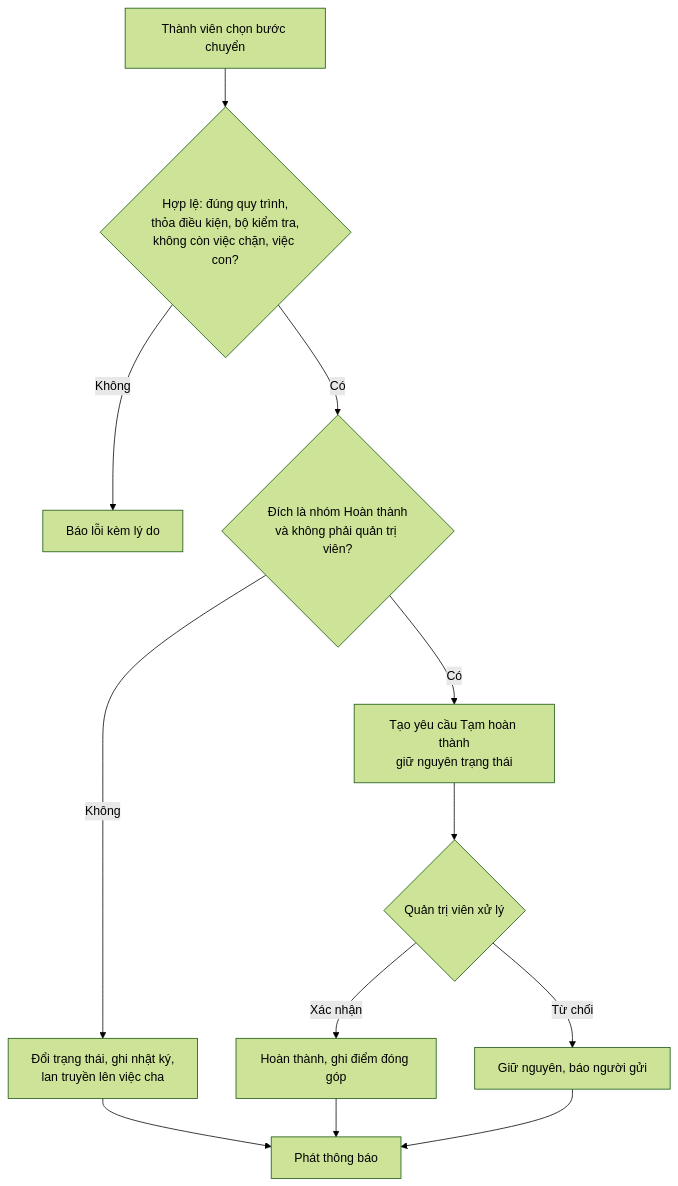
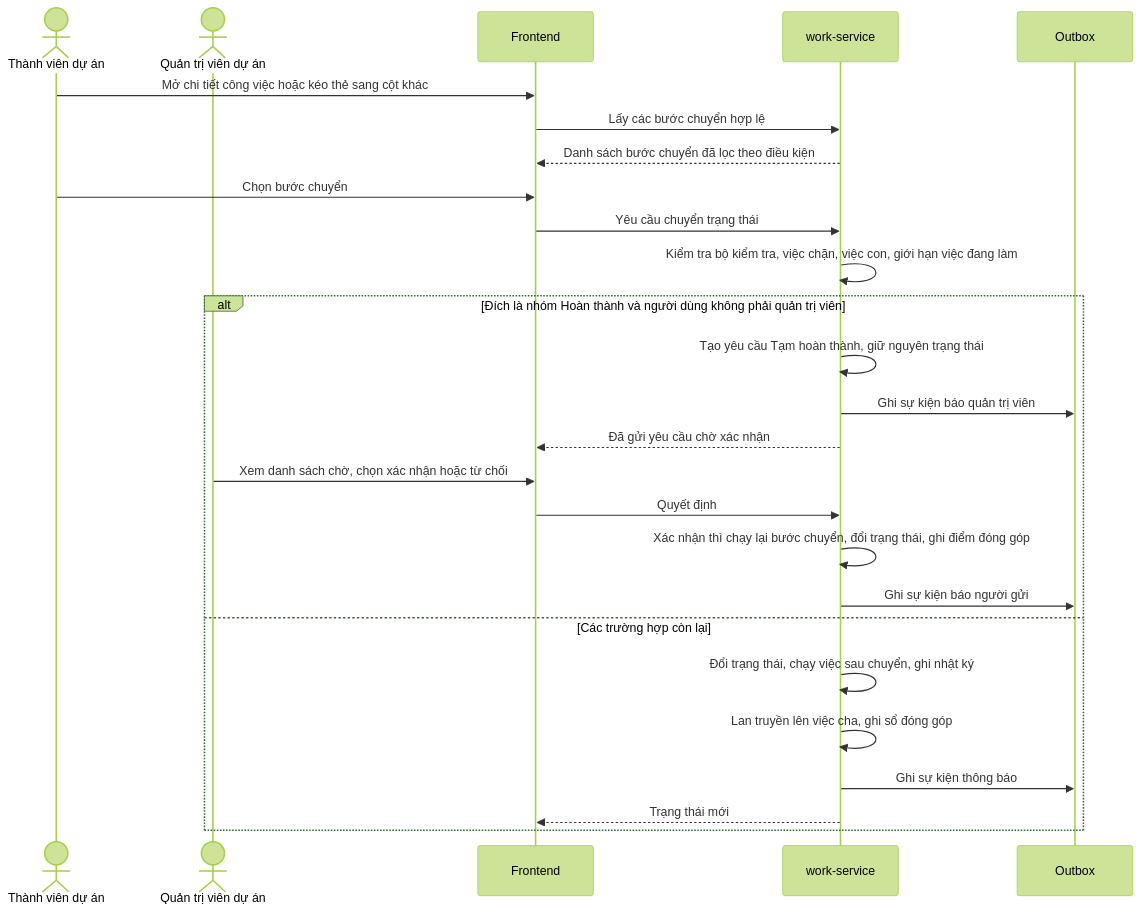
Before and after one commit to Hecker-Chuoi/DATN-2026: the seventh of 17 diagrams in docs/report/main/04_CHUONG_3_DAC_TA_PHAN_TICH_THIET_KE.md, drawn with Mermaid (forest theme). The commit also changed other lines of this file and 4 other files, not shown here.

````diff
--- a/docs/report/main/04_CHUONG_3_DAC_TA_PHAN_TICH_THIET_KE.md
+++ b/docs/report/main/04_CHUONG_3_DAC_TA_PHAN_TICH_THIET_KE.md
@@ -252,14 +416,28 @@
 ```mermaid
-flowchart TD
-    A["Thành viên chọn bước chuyển"] --> B{"Hợp lệ: đúng quy trình,<br/>thỏa điều kiện, bộ kiểm tra,<br/>không còn việc chặn, việc con?"}
-    B -- "Không" --> X["Báo lỗi kèm lý do"]
-    B -- "Có" --> C{"Đích là nhóm Hoàn thành<br/>và không phải quản trị viên?"}
-    C -- "Không" --> D["Đổi trạng thái, ghi nhật ký,<br/>lan truyền lên việc cha"]
-    C -- "Có" --> E["Tạo yêu cầu Tạm hoàn thành<br/>giữ nguyên trạng thái"]
-    E --> F{"Quản trị viên xử lý"}
-    F -- "Xác nhận" --> G["Hoàn thành, ghi điểm đóng góp"]
-    F -- "Từ chối" --> H["Giữ nguyên, báo người gửi"]
-    D --> I["Phát thông báo"]
-    G --> I
-    H --> I
+sequenceDiagram
+    actor TV as Thành viên dự án
+    actor QT as Quản trị viên dự án
+    participant GD as Frontend
+    participant CV as work-service
+    participant HM as Outbox
+    TV->>GD: Mở chi tiết công việc hoặc kéo thẻ sang cột khác
+    GD->>CV: Lấy các bước chuyển hợp lệ
+    CV-->>GD: Danh sách bước chuyển đã lọc theo điều kiện
+    TV->>GD: Chọn bước chuyển
+    GD->>CV: Yêu cầu chuyển trạng thái
+    CV->>CV: Kiểm tra bộ kiểm tra, việc chặn, việc con, giới hạn việc đang làm
+    alt Đích là nhóm Hoàn thành và người dùng không phải quản trị viên
+        CV->>CV: Tạo yêu cầu Tạm hoàn thành, giữ nguyên trạng thái
+        CV->>HM: Ghi sự kiện báo quản trị viên
+        CV-->>GD: Đã gửi yêu cầu chờ xác nhận
+        QT->>GD: Xem danh sách chờ, chọn xác nhận hoặc từ chối
+        GD->>CV: Quyết định
+        CV->>CV: Xác nhận thì chạy lại bước chuyển, đổi trạng thái, ghi điểm đóng góp
+        CV->>HM: Ghi sự kiện báo người gửi
+    else Các trường hợp còn lại
+        CV->>CV: Đổi trạng thái, chạy việc sau chuyển, ghi nhật ký
+        CV->>CV: Lan truyền lên việc cha, ghi sổ đóng góp
+        CV->>HM: Ghi sự kiện thông báo
+        CV-->>GD: Trạng thái mới
+    end
 ```
````
